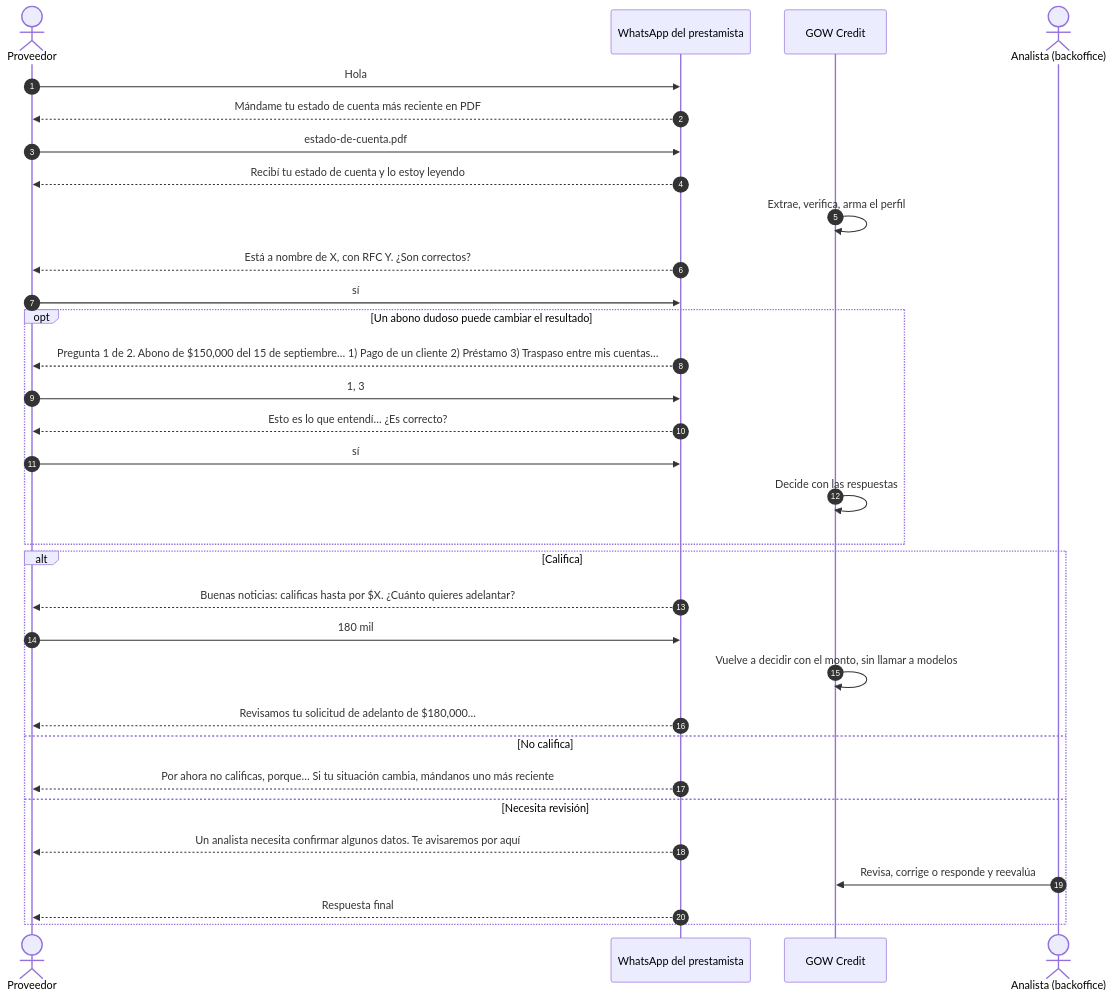
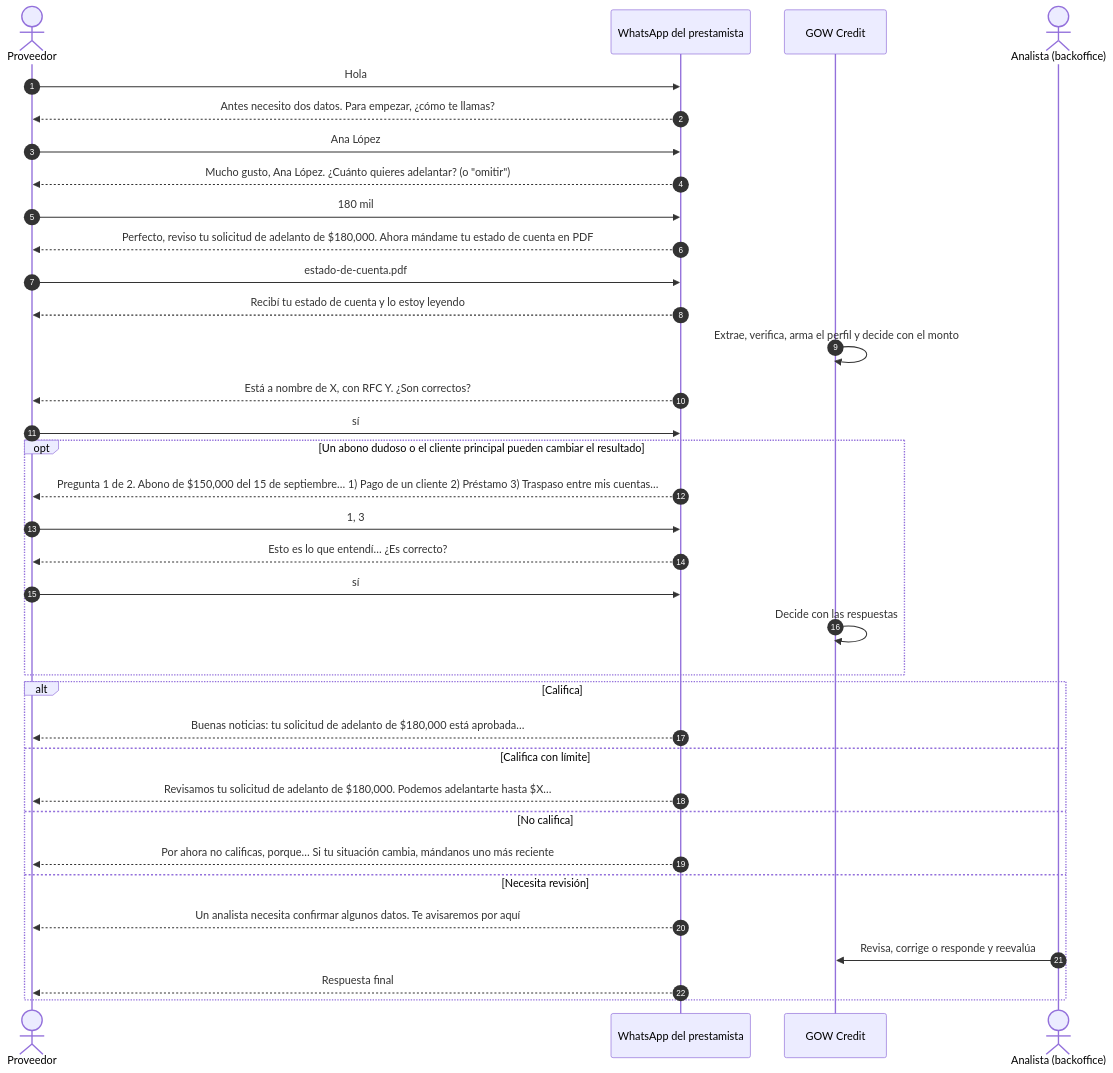
The second of 6 diagrams in README.es.md (moydany/gow-credit), drawn with Mermaid before and after one commit. The commit also changed other lines of this file and 2 other files, not shown here.

Commit message:
docs: README and security notes for the name-and-amount-first registration

````diff
--- a/README.es.md
+++ b/README.es.md
@@ -217,35 +218,38 @@
 ```mermaid
 sequenceDiagram
     autonumber
     actor P as Proveedor
     participant W as WhatsApp del prestamista
     participant S as GOW Credit
     actor A as Analista (backoffice)
 
     P->>W: Hola
-    W-->>P: Mándame tu estado de cuenta más reciente en PDF
+    W-->>P: Antes necesito dos datos. Para empezar, ¿cómo te llamas?
+    P->>W: Ana López
+    W-->>P: Mucho gusto, Ana López. ¿Cuánto quieres adelantar? (o "omitir")
+    P->>W: 180 mil
+    W-->>P: Perfecto, reviso tu solicitud de adelanto de $180,000. Ahora mándame tu estado de cuenta en PDF
     P->>W: estado-de-cuenta.pdf
     W-->>P: Recibí tu estado de cuenta y lo estoy leyendo
-    S->>S: Extrae, verifica, arma el perfil
+    S->>S: Extrae, verifica, arma el perfil y decide con el monto
     W-->>P: Está a nombre de X, con RFC Y. ¿Son correctos?
     P->>W: sí
-    opt Un abono dudoso puede cambiar el resultado
+    opt Un abono dudoso o el cliente principal pueden cambiar el resultado
         W-->>P: Pregunta 1 de 2. Abono de $150,000 del 15 de septiembre… 1) Pago de un cliente 2) Préstamo 3) Traspaso entre mis cuentas…
         P->>W: 1, 3
         W-->>P: Esto es lo que entendí… ¿Es correcto?
         P->>W: sí
         S->>S: Decide con las respuestas
     end
     alt Califica
-        W-->>P: Buenas noticias: calificas hasta por $X. ¿Cuánto quieres adelantar?
-        P->>W: 180 mil
-        S->>S: Vuelve a decidir con el monto, sin llamar a modelos
-        W-->>P: Revisamos tu solicitud de adelanto de $180,000…
+        W-->>P: Buenas noticias: tu solicitud de adelanto de $180,000 está aprobada…
+    else Califica con límite
+        W-->>P: Revisamos tu solicitud de adelanto de $180,000. Podemos adelantarte hasta $X…
     else No califica
         W-->>P: Por ahora no calificas, porque… Si tu situación cambia, mándanos uno más reciente
     else Necesita revisión
         W-->>P: Un analista necesita confirmar algunos datos. Te avisaremos por aquí
         A->>S: Revisa, corrige o responde y reevalúa
         W-->>P: Respuesta final
     end
 ```
````
